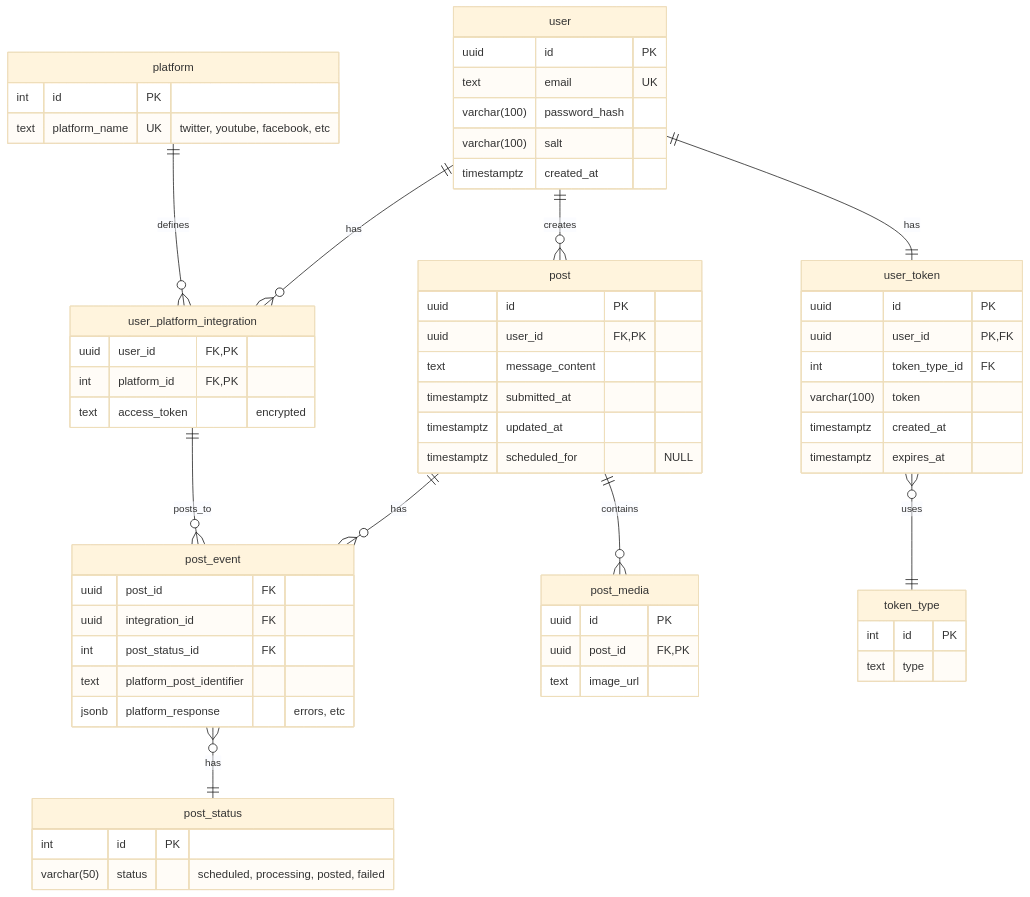
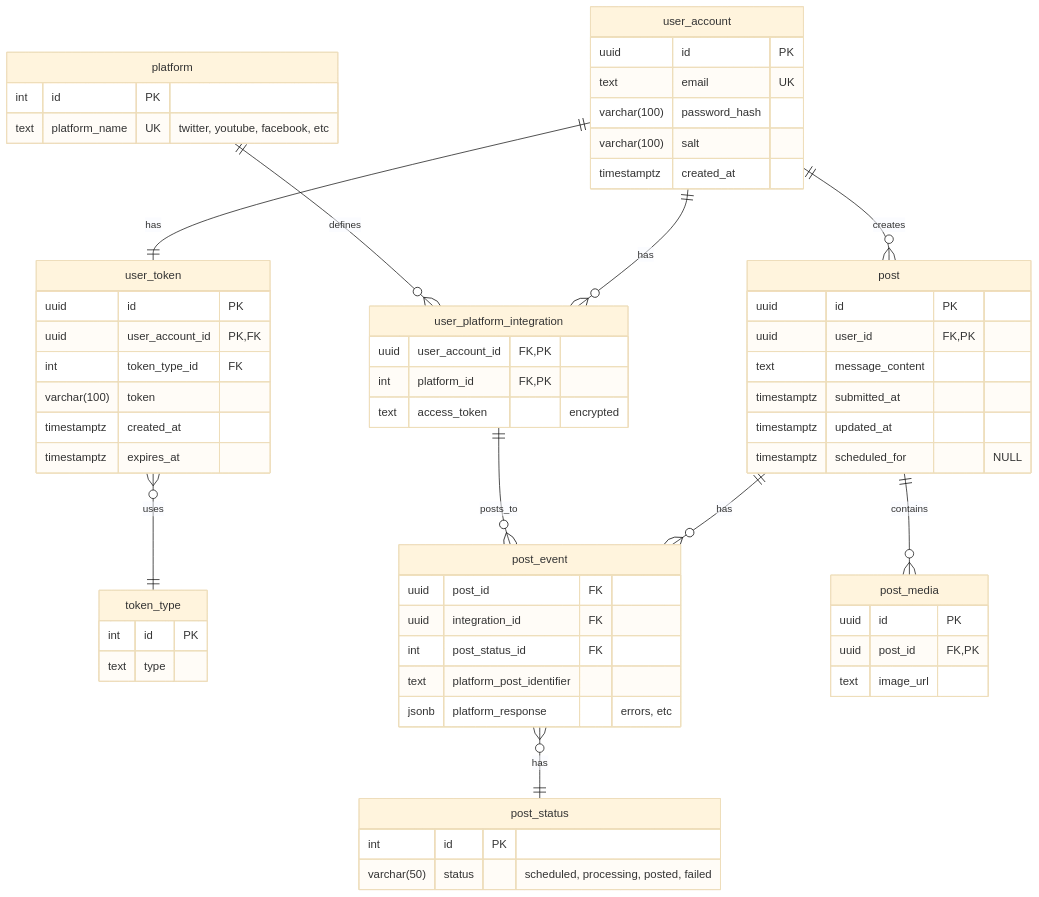
Before and after one commit to JKMN-Projects/ripple_sync_backend: the diagram in documentation/diagrams/er_diagram.md, drawn with Mermaid (base theme).

````diff
--- a/documentation/diagrams/er_diagram.md
+++ b/documentation/diagrams/er_diagram.md
@@ -3,75 +3,74 @@
 ``` mermaid
 
     erDiagram
-    user ||--o{ user_platform_integration : "has"
-    user ||--o{ post : "creates"
+    user_account ||--o{ user_platform_integration : "has"
+    user_account ||--o{ post : "creates"
+    user_account ||--|| user_token : "has"
+    user_token }o--|| token_type : "uses"
+    post ||--o{ post_event : "has"
+    post_event }o--|| post_status : "has"
+    post ||--o{ post_media : "contains"
     platform ||--o{ user_platform_integration : "defines"
-    post ||--o{ post_event : "has"
     user_platform_integration ||--o{ post_event : "posts_to"
-    post ||--o{ post_media : "contains"
-    post_event }o--|| post_status : "has"
-    user ||--|| user_token : "has"
-    user_token }o--|| token_type : "uses"
 
-
-    user {
+    user_account {
         uuid id PK
         text email UK
         varchar(100) password_hash
         varchar(100) salt
         timestamptz created_at 
     }
 
     user_token {
         uuid id PK
-        uuid user_id PK, FK
+        uuid user_account_id PK, FK
         int token_type_id FK
         varchar(100) token
         timestamptz created_at
         timestamptz expires_at
     }
 
     token_type {
         int id PK
         text type
     }
 
     platform {
         int id PK
         text platform_name UK "twitter, youtube, facebook, etc"
     }
 
     user_platform_integration {
-        uuid user_id FK, PK
+        uuid user_account_id FK, PK
         int platform_id FK, PK
         text access_token "encrypted"
     }
 
     post {
         uuid id PK
         uuid user_id FK, PK
         text message_content
         timestamptz submitted_at
         timestamptz updated_at
         timestamptz scheduled_for "NULL"
     }
 
     post_media {
         uuid id PK
         uuid post_id FK, PK
         text image_url 
     }
 
     post_event {
         uuid post_id FK
         uuid integration_id FK
         int post_status_id FK
         text platform_post_identifier 
         jsonb platform_response "errors, etc"
     }
 
     post_status {
         int id PK
         varchar(50) status "scheduled, processing, posted, failed"
     }
 ```
````
